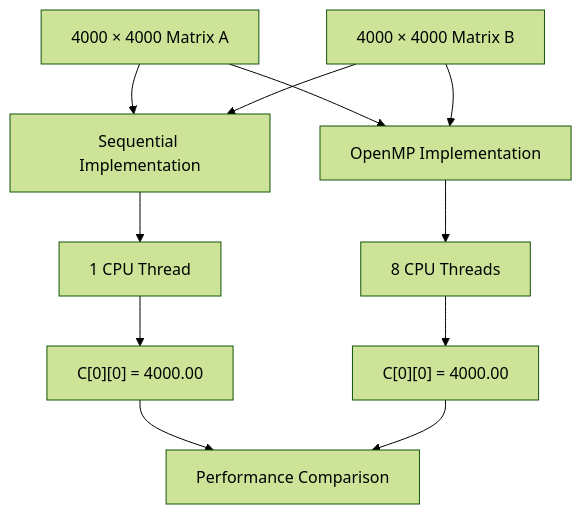
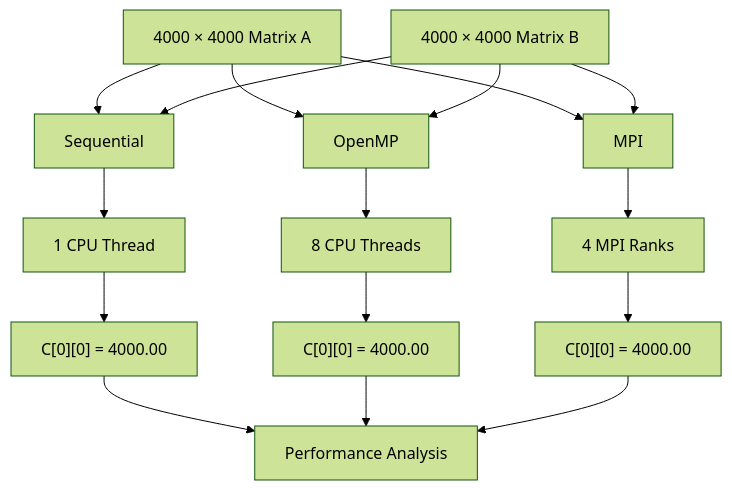
One commit to SAIAARYAN/PGC_Lab changed the first of 2 diagrams in README.md. Above: the diagram before and after it, drawn with Mermaid (forest theme). The commit also changed other lines of this file, not shown here.

````diff
--- a/README.md
+++ b/README.md
@@ -86,21 +173,29 @@
 ```mermaid
 flowchart TD
 
     A["4000 × 4000 Matrix A"]
     B["4000 × 4000 Matrix B"]
 
-    A --> S["Sequential Implementation"]
+    A --> S["Sequential"]
     B --> S
 
-    A --> O["OpenMP Implementation"]
+    A --> O["OpenMP"]
     B --> O
 
+    A --> M["MPI"]
+    B --> M
+
     S --> S1["1 CPU Thread"]
+
     O --> O1["8 CPU Threads"]
+
+    M --> M1["4 MPI Ranks"]
 
     S1 --> R1["C[0][0] = 4000.00"]
     O1 --> R2["C[0][0] = 4000.00"]
+    M1 --> R3["C[0][0] = 4000.00"]
 
-    R1 --> C["Performance Comparison"]
+    R1 --> C["Performance Analysis"]
     R2 --> C
+    R3 --> C
 ```
````
